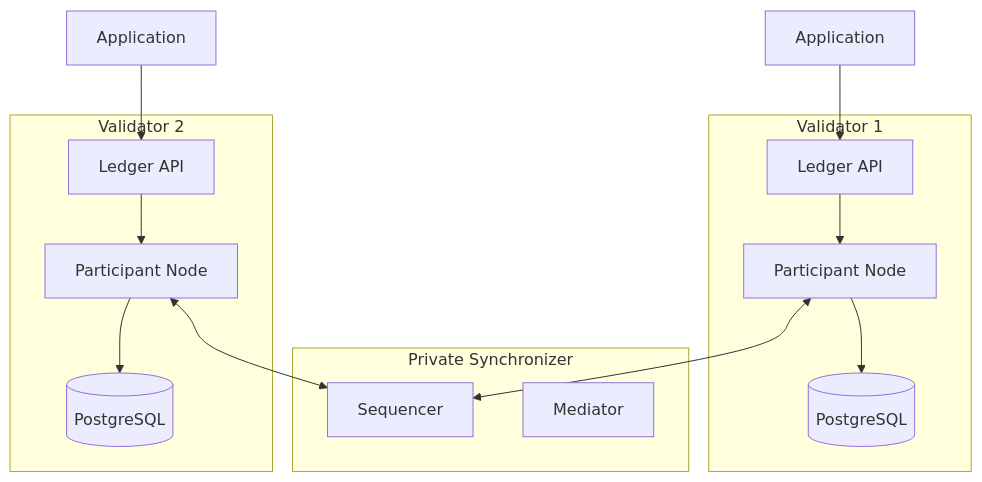
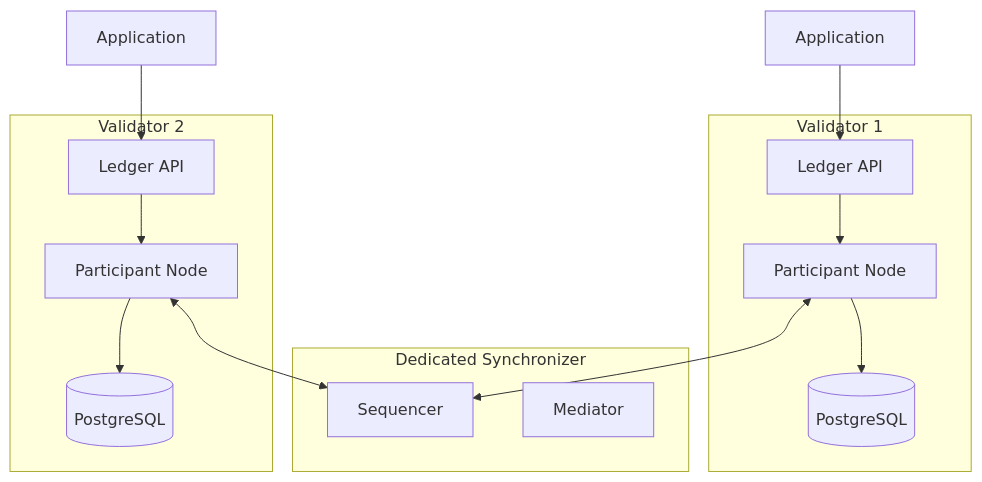
Before and after one commit to canton-network/cf-docs: the diagram in docs-main/global-synchronizer/extension-synchronizers/private-validators.mdx, drawn with Mermaid. The commit also changed other lines of this file and 20 other files, not shown here.

Commit message:
update to reflect dedicated synchronizer terminology

````diff
--- a/docs-main/global-synchronizer/extension-synchronizers/private-validators.mdx
+++ b/docs-main/global-synchronizer/extension-synchronizers/private-validators.mdx
@@ -40,28 +42,28 @@
 ```mermaid
 flowchart TB
-    subgraph Sync["Private Synchronizer"]
+    subgraph Sync["Dedicated Synchronizer"]
         SEQ[Sequencer]
         MED[Mediator]
     end
 
     subgraph V1["Validator 1"]
         P1[Participant Node]
         API1[Ledger API]
         DB1[(PostgreSQL)]
         API1 --> P1
         P1 --> DB1
     end
 
     subgraph V2["Validator 2"]
         P2[Participant Node]
         API2[Ledger API]
         DB2[(PostgreSQL)]
         API2 --> P2
         P2 --> DB2
     end
 
     APP1[Application] --> API1
     APP2[Application] --> API2
     P1 <--> SEQ
     P2 <--> SEQ
 ```
````
